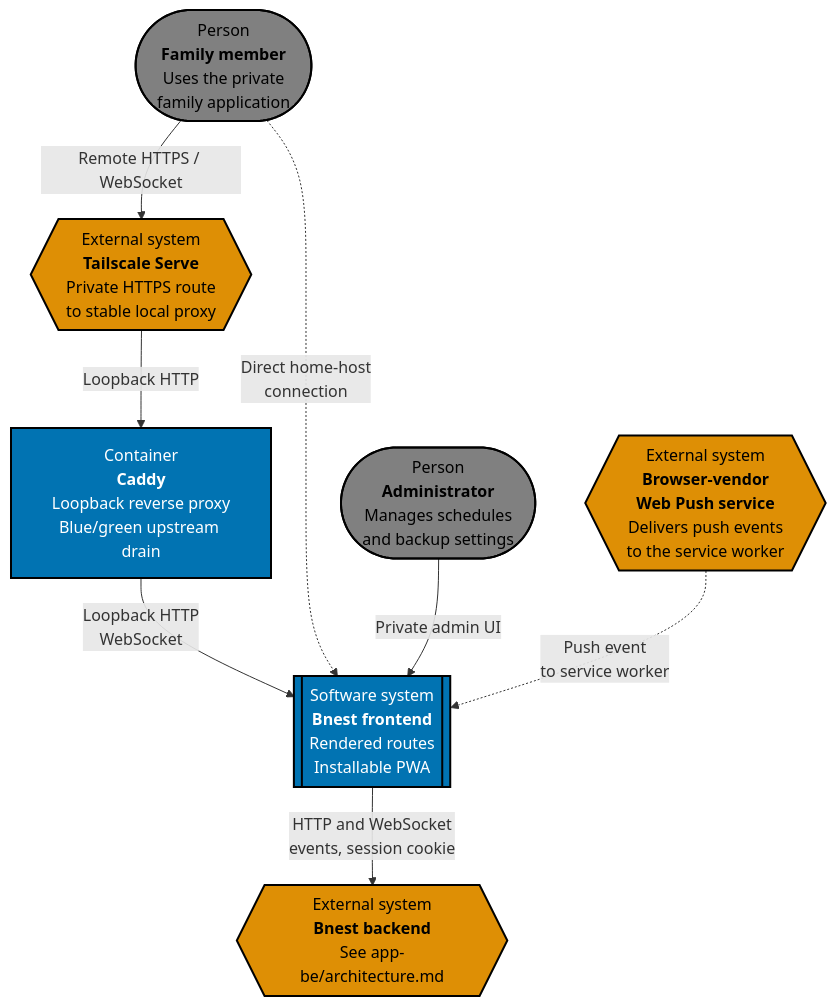
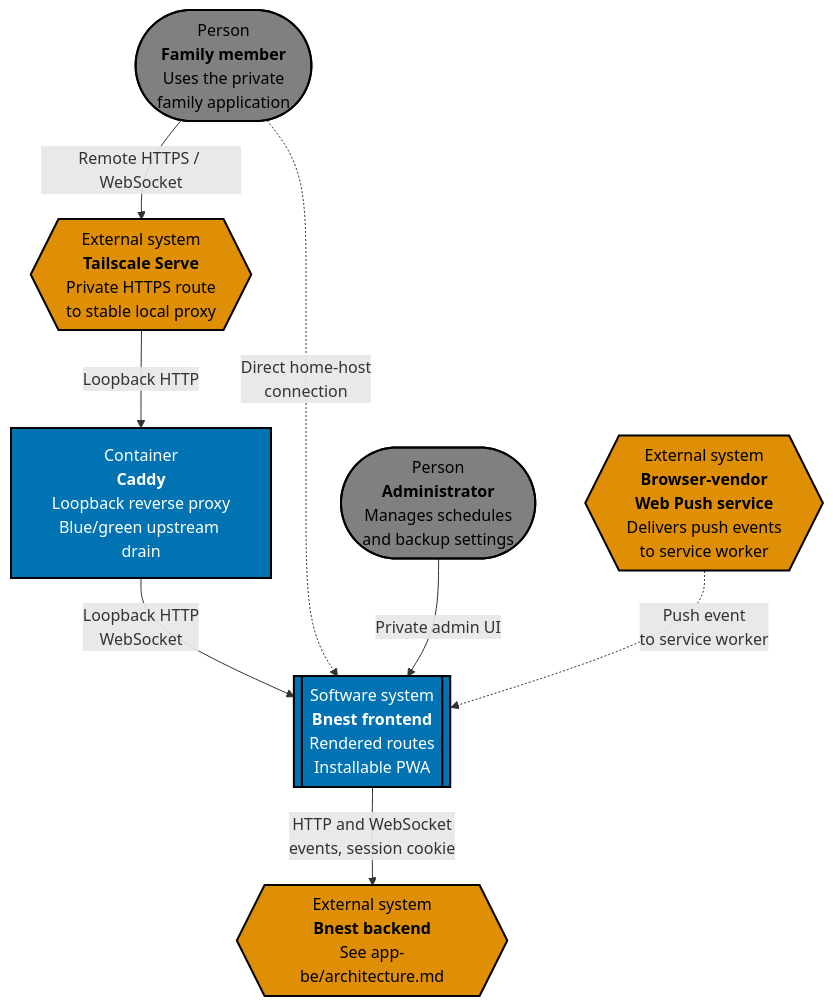
The first of 3 diagrams in specs/apps/bnest/app-fe/architecture.md (wahidyankf/beaver-nest), drawn with Mermaid before and after one commit. The commit also changed other lines of this file and 731 other files, not shown here.

````diff
--- a/specs/apps/bnest/app-fe/architecture.md
+++ b/specs/apps/bnest/app-fe/architecture.md
@@ -11,29 +11,46 @@
 ```mermaid
 flowchart TB
-    accTitle: System Context
-    accDescr: Flowchart with 7 nodes and 7 connections. Nodes: Person Family member Uses the private family application, Person Administrator Manages schedules and backup settings, External system Tailscale Serve Private HTTPS route to stable local proxy, Container Caddy Loopback reverse proxy Blue/green upstream drain, Software system Bnest frontend Rendered routes Installable PWA, External system Bnest backend See app-be/architecture.md, External system Browser-vendor Web Push service Delivers push events to the service worker. Connections: Person Family member Uses the private family application to External system Tailscale Serve Private HTTPS route to stable local proxy (Remote HTTPS / WebSocket), External system Tailscale Serve Private HTTPS route to stable local proxy to Container Caddy Loopback reverse proxy Blue/green upstream drain (Loopback HTTP), Container Caddy Loopback reverse proxy Blue/green upstream drain to Software system Bnest frontend Rendered routes Installable PWA (Loopback HTTP WebSocket), Person Family member Uses the private family application to Software system Bnest frontend Rendered routes Installable PWA (Direct home-host connection), Person Administrator Manages schedules and backup settings to Software system Bnest frontend Rendered routes Installable PWA (Private admin UI), Software system Bnest frontend Rendered routes Installable PWA to External system Bnest backend See app-be/architecture.md (HTTP and WebSocket events, session cookie), External system Browser-vendor Web Push service Delivers push events to the service worker to Software system Bnest frontend Rendered routes Installable PWA (Push event to service worker).
-    visitor(["Person<br/><b>Family member</b><br/>Uses the private<br/>family application"])
-    admin(["Person<br/><b>Administrator</b><br/>Manages schedules<br/>and backup settings"])
-    tailscale{{"External system<br/><b>Tailscale Serve</b><br/>Private HTTPS route<br/>to stable local proxy"}}
-    caddy["Container<br/><b>Caddy</b><br/>Loopback reverse proxy<br/>Blue/green upstream drain"]
-    frontend[["Software system<br/><b>Bnest frontend</b><br/>Rendered routes<br/>Installable PWA"]]
-    backend{{"External system<br/><b>Bnest backend</b><br/>See app-be/architecture.md"}}
-    webpush{{"External system<br/><b>Browser-vendor<br/>Web Push service</b><br/>Delivers push events<br/>to the service worker"}}
+accTitle: System Context
+accDescr {
+Flowchart with 7 nodes and 7 connections. Nodes: Person Family member Uses the private family application,
+Person Administrator Manages schedules and backup settings, External system Tailscale Serve Private HTTPS route
+to stable local proxy, Container Caddy Loopback reverse proxy Blue/green upstream drain, Software system Bnest
+frontend Rendered routes Installable PWA, External system Bnest backend See app-be/architecture.md, External
+system Browser-vendor Web Push service Delivers push events to service worker. Connections: Person Family
+member Uses the private family application to External system Tailscale Serve Private HTTPS route to stable
+local proxy (Remote HTTPS / WebSocket), External system Tailscale Serve Private HTTPS route to stable local
+proxy to Container Caddy Loopback reverse proxy Blue/green upstream drain (Loopback HTTP), Container Caddy
+Loopback reverse proxy Blue/green upstream drain to Software system Bnest frontend Rendered routes Installable
+PWA (Loopback HTTP WebSocket), Person Family member Uses the private family application to Software system Bnest
+frontend Rendered routes Installable PWA (Direct home-host connection), Person Administrator Manages schedules
+and backup settings to Software system Bnest frontend Rendered routes Installable PWA (Private admin UI),
+Software system Bnest frontend Rendered routes Installable PWA to External system Bnest backend See
+app-be/architecture.md (HTTP and WebSocket events, session cookie), External system Browser-vendor Web Push
+service Delivers push events to service worker to Software system Bnest frontend Rendered routes Installable
+PWA (Push event to service worker).
+}
+visitor(["Person<br><b>Family member</b><br>Uses the private<br>family application"])
+admin(["Person<br><b>Administrator</b><br>Manages schedules<br>and backup settings"])
+tailscale{{"External system<br><b>Tailscale Serve</b><br>Private HTTPS route<br>to stable local proxy"}}
+caddy["Container<br><b>Caddy</b><br>Loopback reverse proxy<br>Blue/green upstream drain"]
+frontend[["Software system<br><b>Bnest frontend</b><br>Rendered routes<br>Installable PWA"]]
+backend{{"External system<br><b>Bnest backend</b><br>See app-be/architecture.md"}}
+webpush{{"External system<br><b>Browser-vendor<br>Web Push service</b><br>Delivers push events<br>to service worker"}}
 
-    visitor -->|Remote HTTPS / WebSocket| tailscale
-    tailscale -->|Loopback HTTP| caddy
-    caddy -->|Loopback HTTP<br/>WebSocket| frontend
-    visitor -.->|Direct home-host<br/>connection| frontend
-    admin -->|Private admin UI| frontend
-    frontend -->|HTTP and WebSocket<br/>events, session cookie| backend
-    webpush -.->|Push event<br/>to service worker| frontend
+visitor -->|Remote HTTPS / WebSocket| tailscale
+tailscale -->|Loopback HTTP| caddy
+caddy -->|Loopback HTTP<br>WebSocket| frontend
+visitor -.->|Direct home-host<br>connection| frontend
+admin -->|Private admin UI| frontend
+frontend -->|HTTP and WebSocket<br>events, session cookie| backend
+webpush -.->|Push event<br>to service worker| frontend
 
-    classDef person fill:#808080,stroke:#000000,color:#000000,stroke-width:2px
-    classDef system fill:#0173B2,stroke:#000000,color:#FFFFFF,stroke-width:2px
-    classDef external fill:#DE8F05,stroke:#000000,color:#000000,stroke-width:2px
-    class visitor,admin person
-    class frontend system
-    class tailscale,backend,webpush external
-    class caddy system
-    classDef default fill:#FFFFFF,stroke:#000000,color:#000000
+classDef person fill:#808080,stroke:#000000,color:#000000,stroke-width:2px
+classDef system fill:#0173B2,stroke:#000000,color:#FFFFFF,stroke-width:2px
+classDef external fill:#DE8F05,stroke:#000000,color:#000000,stroke-width:2px
+class visitor,admin person
+class frontend system
+class tailscale,backend,webpush external
+class caddy system
+classDef default fill:#FFFFFF,stroke:#000000,color:#000000
 ```
````
